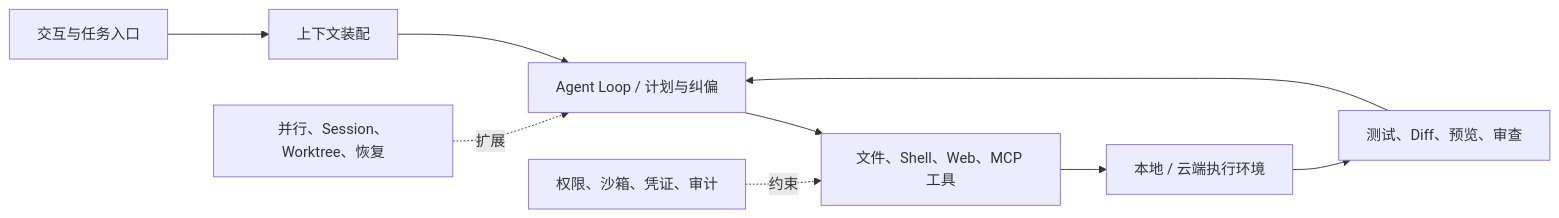
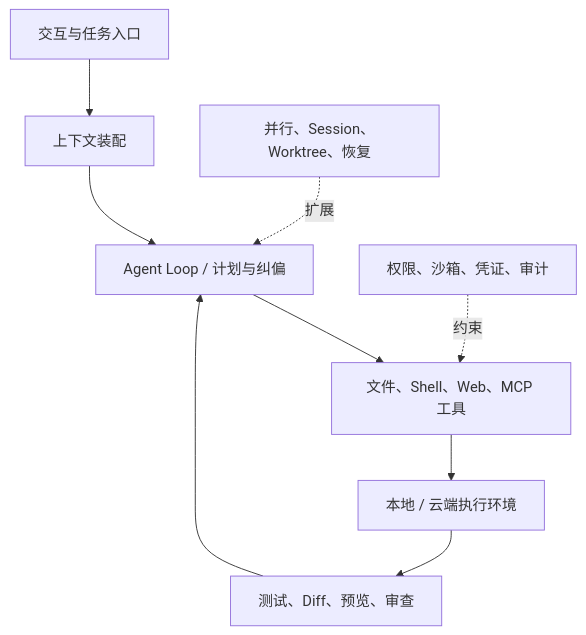
Before and after one commit to MarkingYang/aidea-lab: the diagram in src/content/writing/coding-agent-harness-showdown.md, drawn with Mermaid. The commit also changed other lines of this file and 116 other files, not shown here.

````diff
--- a/src/content/writing/coding-agent-harness-showdown.md
+++ b/src/content/writing/coding-agent-harness-showdown.md
@@ -25,11 +31,11 @@
 ```mermaid
-flowchart LR
+flowchart TB
   I[交互与任务入口] --> C[上下文装配]
   C --> L[Agent Loop / 计划与纠偏]
   L --> T[文件、Shell、Web、MCP 工具]
   T --> E[本地 / 云端执行环境]
   E --> V[测试、Diff、预览、审查]
   V --> L
   G[权限、沙箱、凭证、审计] -.约束.-> T
   O[并行、Session、Worktree、恢复] -.扩展.-> L
 ```
````
